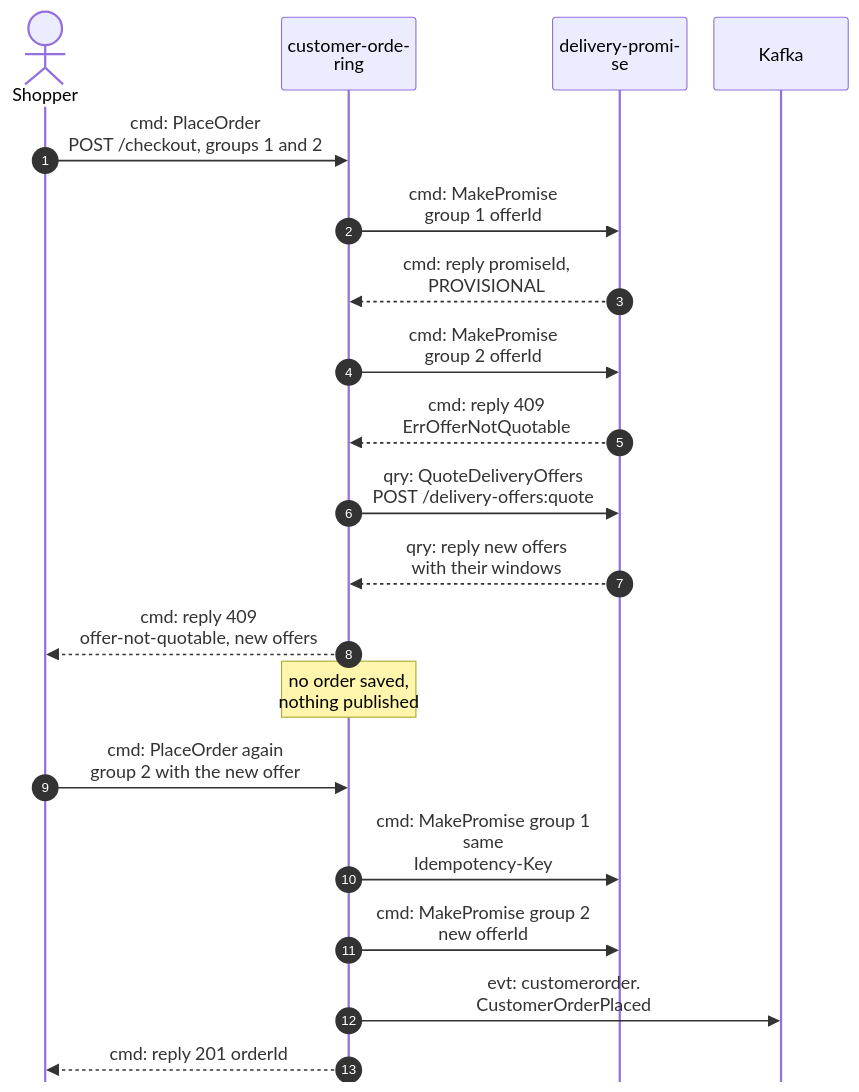
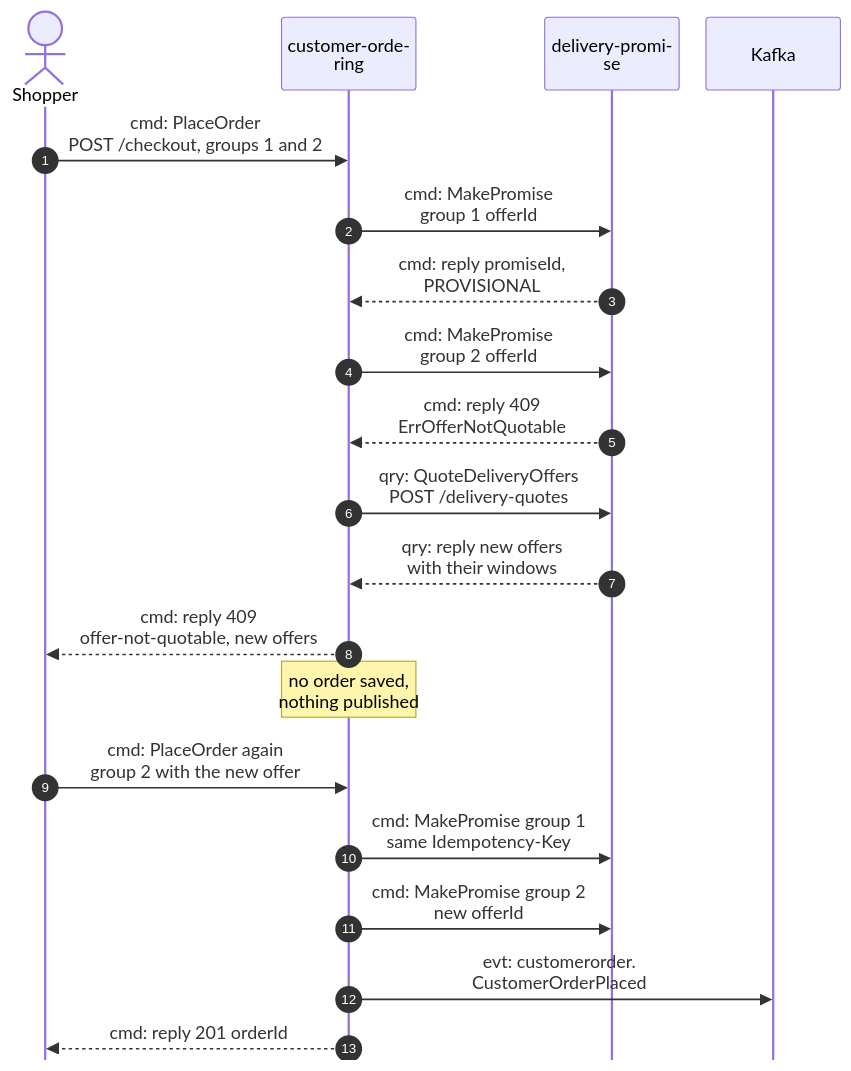
One commit to IQVO/warehouse-docs changed the second of 5 diagrams in network/docs/contexts/customer-ordering/domain-message-flow.md. Above: the diagram before and after it, drawn with Mermaid. The commit also changed other lines of this file and 272 other files, not shown here.

````diff
--- a/network/docs/contexts/customer-ordering/domain-message-flow.md
+++ b/network/docs/contexts/customer-ordering/domain-message-flow.md
@@ -63,23 +63,23 @@
 ```mermaid
 %%{init: {"sequence": {"wrap": true, "width": 120, "actorMargin": 24, "messageMargin": 28, "boxMargin": 6, "noteMargin": 6, "mirrorActors": false}}}%%
 sequenceDiagram
     autonumber
     actor SH as Shopper
     participant CO as customer-ordering
     participant DP as delivery-promise
     participant K as Kafka
     SH->>CO: cmd: PlaceOrder<br/>POST /checkout, groups 1 and 2
     CO->>DP: cmd: MakePromise<br/>group 1 offerId
     DP-->>CO: cmd: reply promiseId,<br/>PROVISIONAL
     CO->>DP: cmd: MakePromise<br/>group 2 offerId
     DP-->>CO: cmd: reply 409<br/>ErrOfferNotQuotable
-    CO->>DP: qry: QuoteDeliveryOffers<br/>POST /delivery-offers:quote
+    CO->>DP: qry: QuoteDeliveryOffers<br/>POST /delivery-quotes
     DP-->>CO: qry: reply new offers<br/>with their windows
     CO-->>SH: cmd: reply 409<br/>offer-not-quotable, new offers
     Note over CO: no order saved,<br/>nothing published
     SH->>CO: cmd: PlaceOrder again<br/>group 2 with the new offer
     CO->>DP: cmd: MakePromise group 1<br/>same Idempotency-Key
     CO->>DP: cmd: MakePromise group 2<br/>new offerId
     CO->>K: evt: customerorder.<br/>CustomerOrderPlaced
     CO-->>SH: cmd: reply 201 orderId
 ```
````
